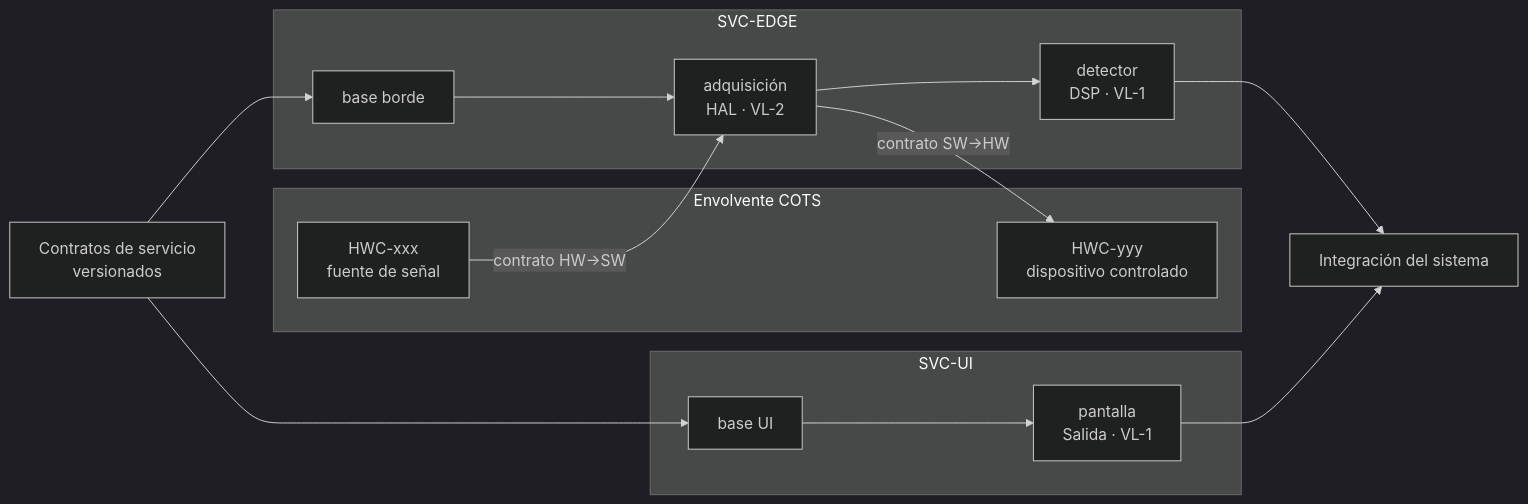
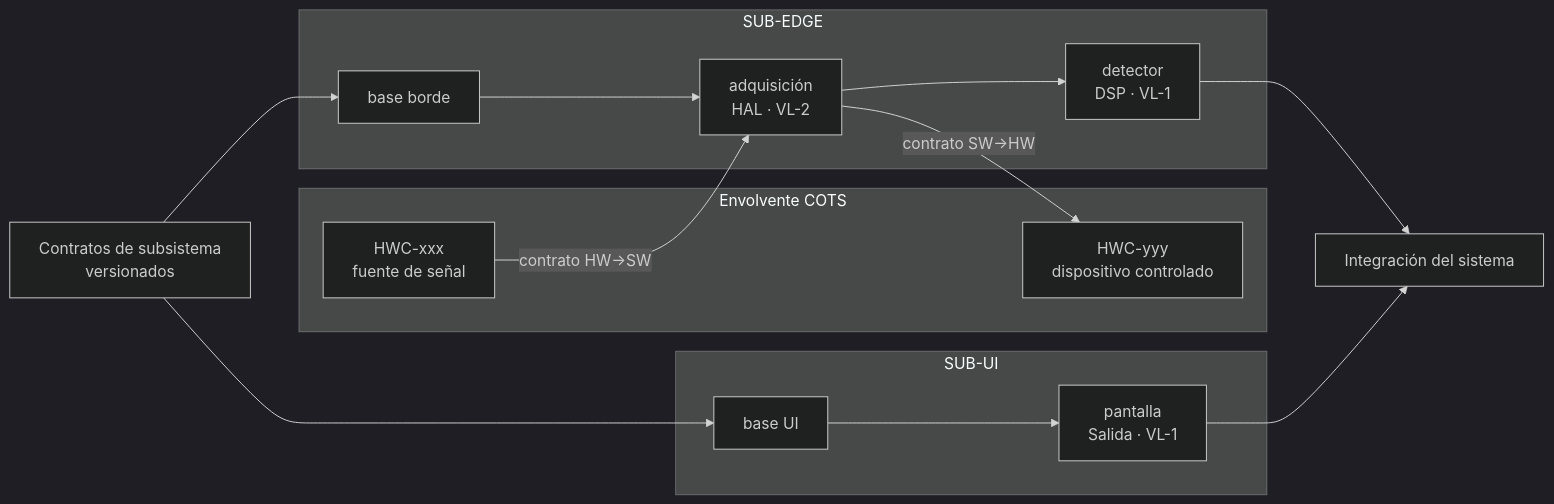
The fourth of 5 diagrams in methodology/V-SIL-v3/S1_G1_template.md (dramirezbe/codeanvil-gcpds), drawn with Mermaid (dark theme) before and after one commit. The commit also changed other lines of this file and 30 other files, not shown here.

````diff
--- a/methodology/V-SIL-v3/S1_G1_template.md
+++ b/methodology/V-SIL-v3/S1_G1_template.md
@@ -504,26 +504,26 @@
 ```mermaid
 flowchart LR
     subgraph HW["Envolvente COTS"]
         %% Nodos de hardware como fuentes / sumideros
         SRC["HWC-xxx<br/>fuente de señal"]
         CTRL["HWC-yyy<br/>dispositivo controlado"]
     end
 
-    C["Contratos de servicio<br/>versionados"]
-    subgraph EDGE["SVC-EDGE"]
+    C["Contratos de subsistema<br/>versionados"]
+    subgraph EDGE["SUB-EDGE"]
         EB["base borde"]
         M1["adquisición<br/>HAL · VL-2"]
         M2["detector<br/>DSP · VL-1"]
     end
-    subgraph UI["SVC-UI"]
+    subgraph UI["SUB-UI"]
         UB["base UI"]
         M3["pantalla<br/>Salida · VL-1"]
     end
 
     C --> EB & UB
     SRC -->|contrato HW→SW| M1
     EB --> M1 --> M2
     UB --> M3
     M1 -->|contrato SW→HW| CTRL
     M2 & M3 --> SYS["Integración del sistema"]
 ```
````
